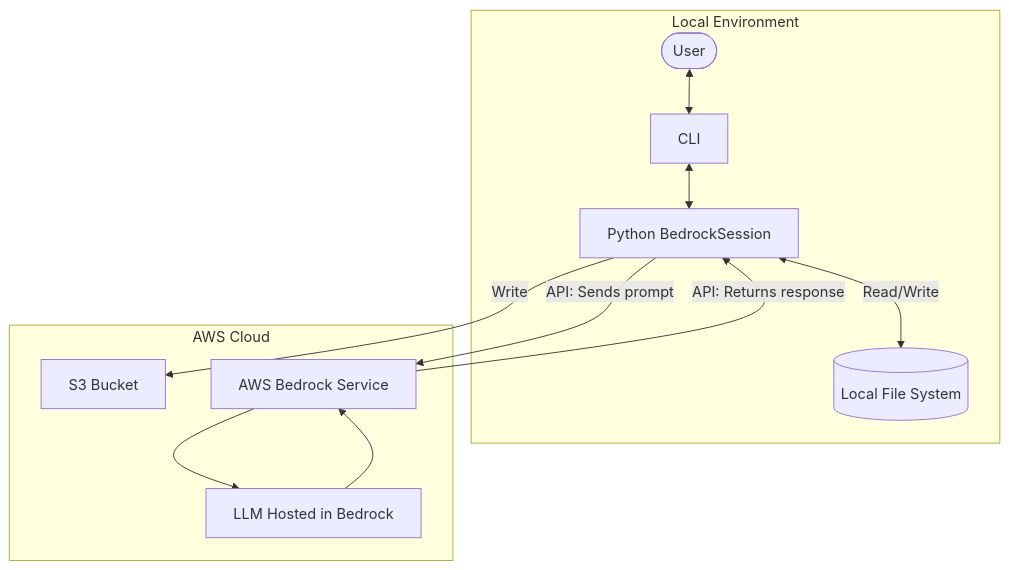
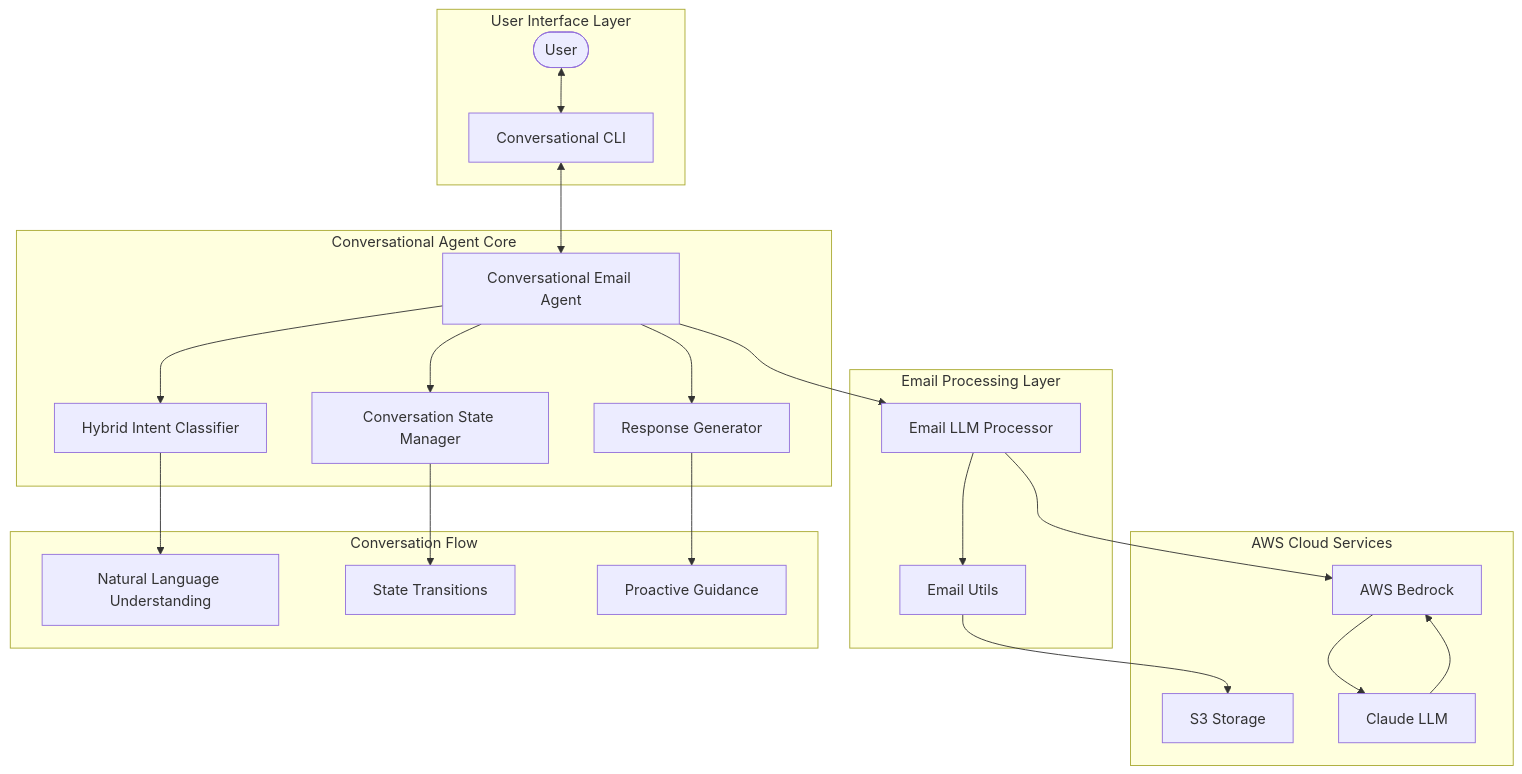
The diagram in Architecture.md (RayKMAllen/email_assistant), drawn with Mermaid before and after one commit. The commit also changed other lines of this file and 10 other files, not shown here.

Commit message:
start change to conversational agent

````diff
--- a/Architecture.md
+++ b/Architecture.md
@@ -1,31 +9,50 @@
 ```mermaid
 flowchart TD
-
-    subgraph UserSide["Local Environment"]
+    subgraph UserInterface["User Interface Layer"]
         User([User])
-        CLI[CLI]
-        Session[Python BedrockSession]
-        FS[(Local File System)]
+        CLI[Conversational CLI]
     end
-
-    subgraph CloudSide["AWS Cloud"]
-        S3[S3 Bucket]
-        Bedrock[AWS Bedrock Service]
-        Model[LLM Hosted in Bedrock]
+    
+    subgraph ConversationalAgent["Conversational Agent Core"]
+        Agent[Conversational Email Agent]
+        IntentClassifier[Hybrid Intent Classifier]
+        StateManager[Conversation State Manager]
+        ResponseGen[Response Generator]
     end
-
+    
+    subgraph EmailProcessing["Email Processing Layer"]
+        EmailLLMProcessor[Email LLM Processor]
+        Utils[Email Utils]
+    end
+    
+    subgraph CloudServices["AWS Cloud Services"]
+        Bedrock[AWS Bedrock]
+        S3[S3 Storage]
+        Claude[Claude LLM]
+    end
+    
+    subgraph ConversationFlow["Conversation Flow"]
+        NLU[Natural Language Understanding]
+        StateTransition[State Transitions]
+        ProactiveGuidance[Proactive Guidance]
+    end
+    
     User <--> CLI
-    CLI <--> Session
-
-    Session <--> |Read/Write| FS
-
-    Session --> |Write| S3
-
-    Session -->|API: Sends prompt| Bedrock
-    Bedrock -->|API: Returns response| Session
-
-    Bedrock --> Model
-    Model --> Bedrock
-
-
+    CLI <--> Agent
+    
+    Agent --> IntentClassifier
+    Agent --> StateManager
+    Agent --> ResponseGen
+    Agent --> EmailLLMProcessor
+    
+    IntentClassifier --> NLU
+    StateManager --> StateTransition
+    ResponseGen --> ProactiveGuidance
+    
+    EmailLLMProcessor --> Utils
+    EmailLLMProcessor --> Bedrock
+    Utils --> S3
+    
+    Bedrock --> Claude
+    Claude --> Bedrock
 ```
````
